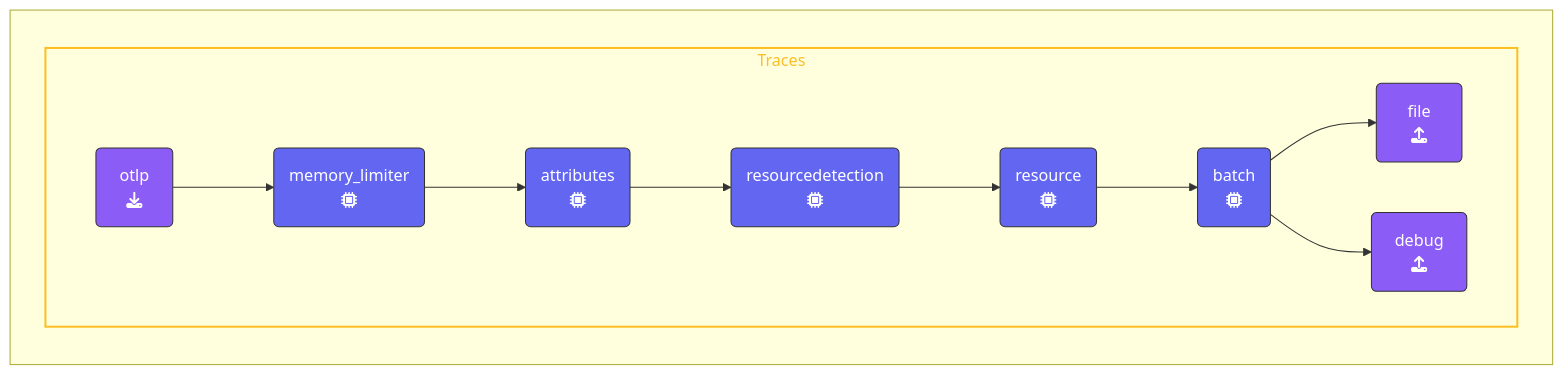
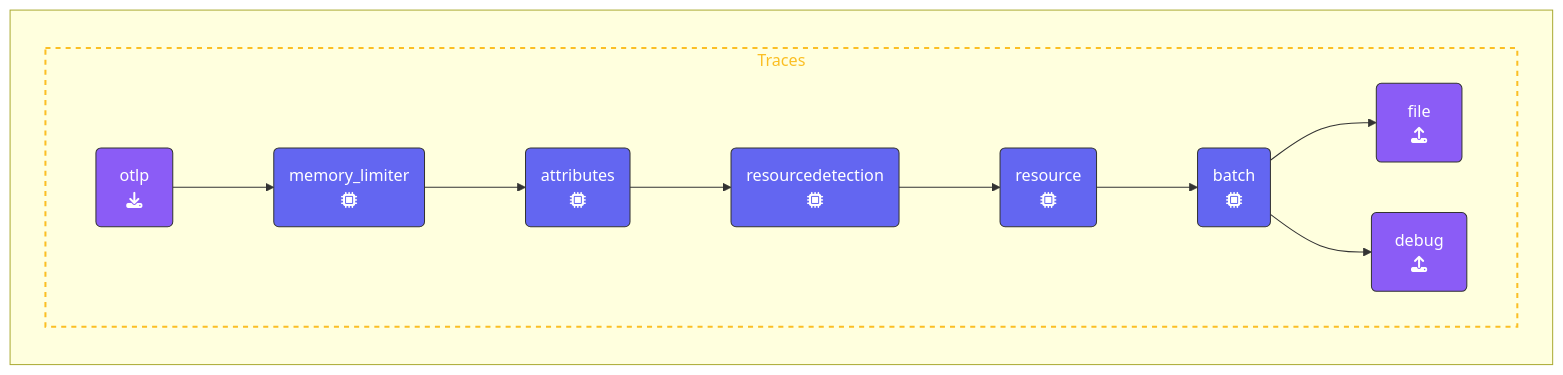
The diagram in content/en/ninja-workshops/10-advanced-otel/5-dropping-spans/_index.md (splunk/observability-workshop), drawn with Mermaid before and after one commit. The commit also changed 6 other files, not shown here.

Commit message:
Updated charts with dotted lines

````diff
--- a/content/en/ninja-workshops/10-advanced-otel/5-dropping-spans/_index.md
+++ b/content/en/ninja-workshops/10-advanced-otel/5-dropping-spans/_index.md
@@ -57,31 +57,31 @@
 ```mermaid
 %%{init:{"fontFamily":"monospace"}}%%
 graph LR
     %% Nodes
       REC1(&nbsp;&nbsp;otlp&nbsp;&nbsp;<br>fa:fa-download):::receiver
       PRO1(memory_limiter<br>fa:fa-microchip):::processor
       PRO2(resourcedetection<br>fa:fa-microchip):::processor
       PRO3(resource<br>fa:fa-microchip):::processor
       PRO5(batch<br>fa:fa-microchip):::processor
       PRO6(attributes<br>fa:fa-microchip):::processor
       EXP1(&ensp;debug&ensp;<br>fa:fa-upload):::exporter
       EXP2(&ensp;&ensp;file&ensp;&ensp;<br>fa:fa-upload):::exporter
     %% Links
     subID1:::sub-traces
     subgraph " "
       subgraph subID1[Traces]
       direction LR
       REC1 --> PRO1
       PRO1 --> PRO6
       PRO6 --> PRO2
       PRO2 --> PRO3
       PRO3 --> PRO5
       PRO5 --> EXP2
       PRO5 --> EXP1
       end
     end
 classDef receiver,exporter fill:#8b5cf6,stroke:#333,stroke-width:1px,color:#fff;
 classDef processor fill:#6366f1,stroke:#333,stroke-width:1px,color:#fff;
 classDef con-receive,con-export fill:#45c175,stroke:#333,stroke-width:1px,color:#fff;
-classDef sub-traces stroke:#fbbf24,stroke-width:2px, color:#fbbf24;
+classDef sub-traces stroke:#fbbf24,stroke-width:2px, color:#fbbf24,stroke-dasharray: 5 5;
 ```
````
